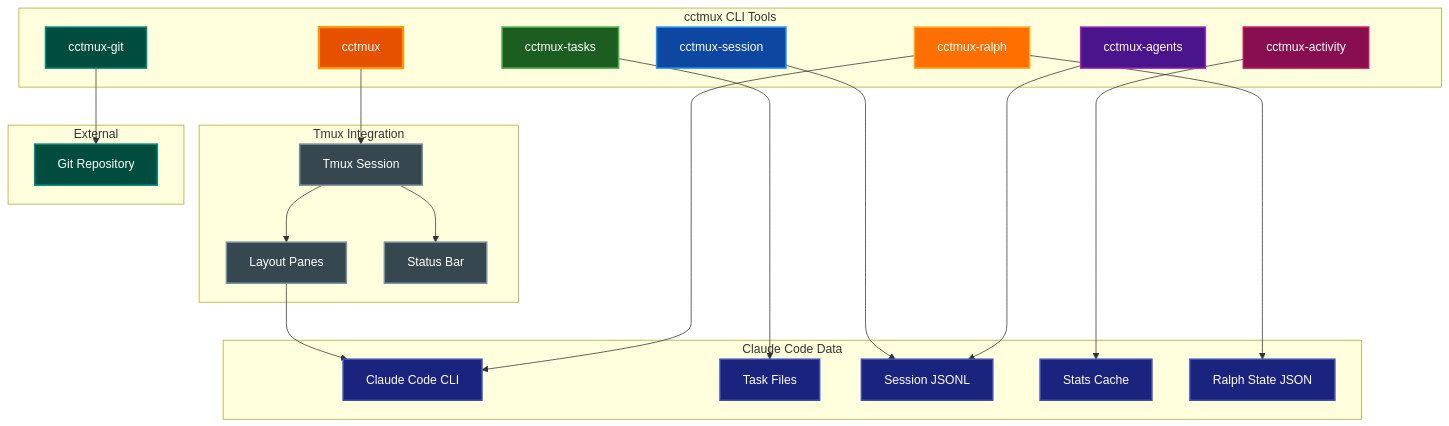
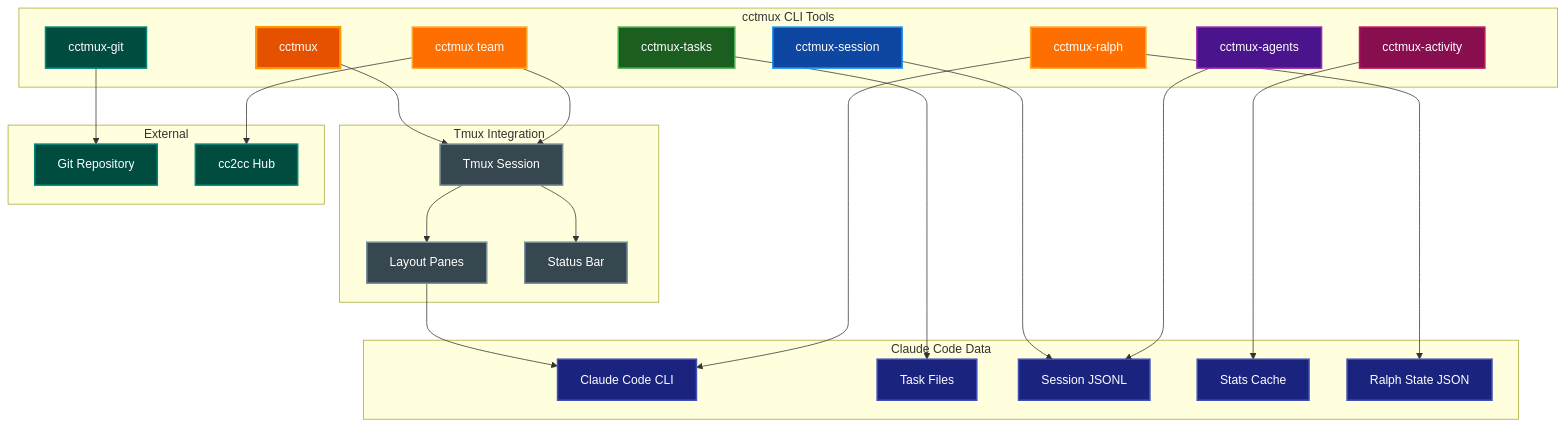
Before and after one commit to paulrobello/cctmux: the diagram in docs/README.md, drawn with Mermaid. The commit also changed other lines of this file and 27 other files, not shown here.

````diff
--- a/docs/README.md
+++ b/docs/README.md
@@ -21,60 +23,66 @@
 ```mermaid
 graph TB
     subgraph "cctmux CLI Tools"
         Main[cctmux]
+        Team[cctmux team]
         Tasks[cctmux-tasks]
         Session[cctmux-session]
         Agents[cctmux-agents]
         Activity[cctmux-activity]
         GitMon[cctmux-git]
         Ralph[cctmux-ralph]
     end
 
     subgraph "Tmux Integration"
         TmuxSession[Tmux Session]
         Panes[Layout Panes]
         StatusBar[Status Bar]
     end
 
     subgraph "Claude Code Data"
         Claude[Claude Code CLI]
         TaskFiles[Task Files]
         SessionFiles[Session JSONL]
         StatsCache[Stats Cache]
         RalphState[Ralph State JSON]
     end
 
     subgraph "External"
         GitRepo[Git Repository]
+        CC2CC[cc2cc Hub]
     end
 
     Main --> TmuxSession
+    Team --> TmuxSession
+    Team --> CC2CC
     TmuxSession --> Panes
     TmuxSession --> StatusBar
     Panes --> Claude
 
     Tasks --> TaskFiles
     Session --> SessionFiles
     Agents --> SessionFiles
     Activity --> StatsCache
     GitMon --> GitRepo
     Ralph --> RalphState
     Ralph --> Claude
 
     style Main fill:#e65100,stroke:#ff9800,stroke-width:3px,color:#ffffff
+    style Team fill:#ff6f00,stroke:#ffa726,stroke-width:2px,color:#ffffff
     style Tasks fill:#1b5e20,stroke:#4caf50,stroke-width:2px,color:#ffffff
     style Session fill:#0d47a1,stroke:#2196f3,stroke-width:2px,color:#ffffff
     style Agents fill:#4a148c,stroke:#9c27b0,stroke-width:2px,color:#ffffff
     style Activity fill:#880e4f,stroke:#c2185b,stroke-width:2px,color:#ffffff
     style GitMon fill:#004d40,stroke:#00897b,stroke-width:2px,color:#ffffff
     style Ralph fill:#ff6f00,stroke:#ffa726,stroke-width:2px,color:#ffffff
     style TmuxSession fill:#37474f,stroke:#78909c,stroke-width:2px,color:#ffffff
     style Panes fill:#37474f,stroke:#78909c,stroke-width:2px,color:#ffffff
     style StatusBar fill:#37474f,stroke:#78909c,stroke-width:2px,color:#ffffff
     style Claude fill:#1a237e,stroke:#3f51b5,stroke-width:2px,color:#ffffff
     style TaskFiles fill:#1a237e,stroke:#3f51b5,stroke-width:2px,color:#ffffff
     style SessionFiles fill:#1a237e,stroke:#3f51b5,stroke-width:2px,color:#ffffff
     style StatsCache fill:#1a237e,stroke:#3f51b5,stroke-width:2px,color:#ffffff
     style RalphState fill:#1a237e,stroke:#3f51b5,stroke-width:2px,color:#ffffff
     style GitRepo fill:#004d40,stroke:#00897b,stroke-width:2px,color:#ffffff
+    style CC2CC fill:#004d40,stroke:#00897b,stroke-width:2px,color:#ffffff
 ```
````
